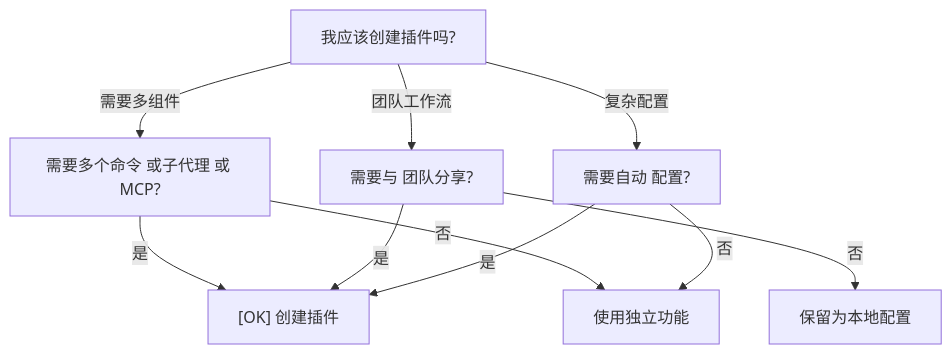
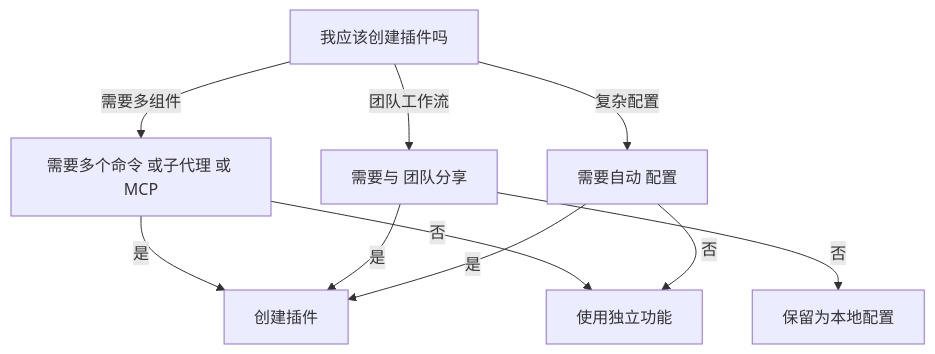
One commit to Rx782-Fss/claude-howto-zh changed the fifth of 5 diagrams in 07-plugins/README.md. Above: the diagram before and after it, drawn with Mermaid. The commit also changed other lines of this file and 104 other files, not shown here.

````diff
--- a/07-plugins/README.md
+++ b/07-plugins/README.md
@@ -639,13 +635,13 @@
 ```mermaid
 graph TD
-    A["我应该创建插件吗?"]
-    A -->|需要多组件| B["需要多个命令 或子代理 或 MCP?"]
-    B -->|是| C["[OK] 创建插件"]
+    A["我应该创建插件吗"]
+    A -->|需要多组件| B["需要多个命令 或子代理 或 MCP"]
+    B -->|是| C[" 创建插件"]
     B -->|否| D["使用独立功能"]
-    A -->|团队工作流| E["需要与 团队分享?"]
+    A -->|团队工作流| E["需要与 团队分享"]
     E -->|是| C
     E -->|否| F["保留为本地配置"]
-    A -->|复杂配置| G["需要自动 配置?"]
+    A -->|复杂配置| G["需要自动 配置"]
     G -->|是| C
     G -->|否| D
 ```
````
